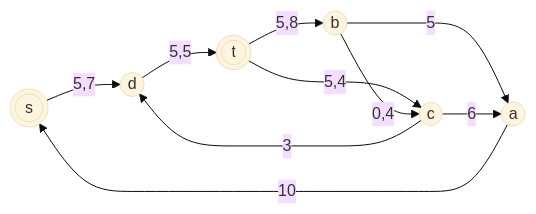
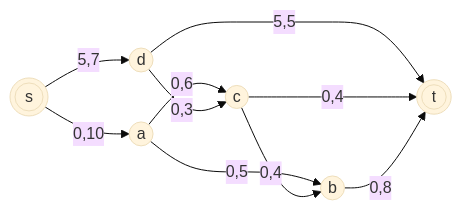
Before and after one commit to hse-algo-psapr-25/manual-tasks: the fifth of 21 diagrams in Задание 16/Rehash.md, drawn with Mermaid (base theme). The commit also changed other lines of this file, not shown here.

````diff
--- a/Задание 16/Rehash.md
+++ b/Задание 16/Rehash.md
@@ -108,19 +113,19 @@
 ```mermaid
 graph LR
     s(((s)))
     a((a))
     b((b))
     c((c))
     d((d))
     t(((t)))
 
-    t -->|5,8| b
-    t -->|5,4| c
-    b -->|0,4| c
+    s -->|0,10| a
+    s -->|5,7| d
+    a -->|0,6| c
+    a -->|0,5| b
+    d -->|0,3| c
     d -->|5,5| t
-    c -->|3| d
-    b -->|5| a
-    c -->|6| a
-    s -->|5,7| d
-    a -->|10| s
+    c -->|0,4| b
+    c -->|0,4| t
+    b -->|0,8| t
 ```
````
